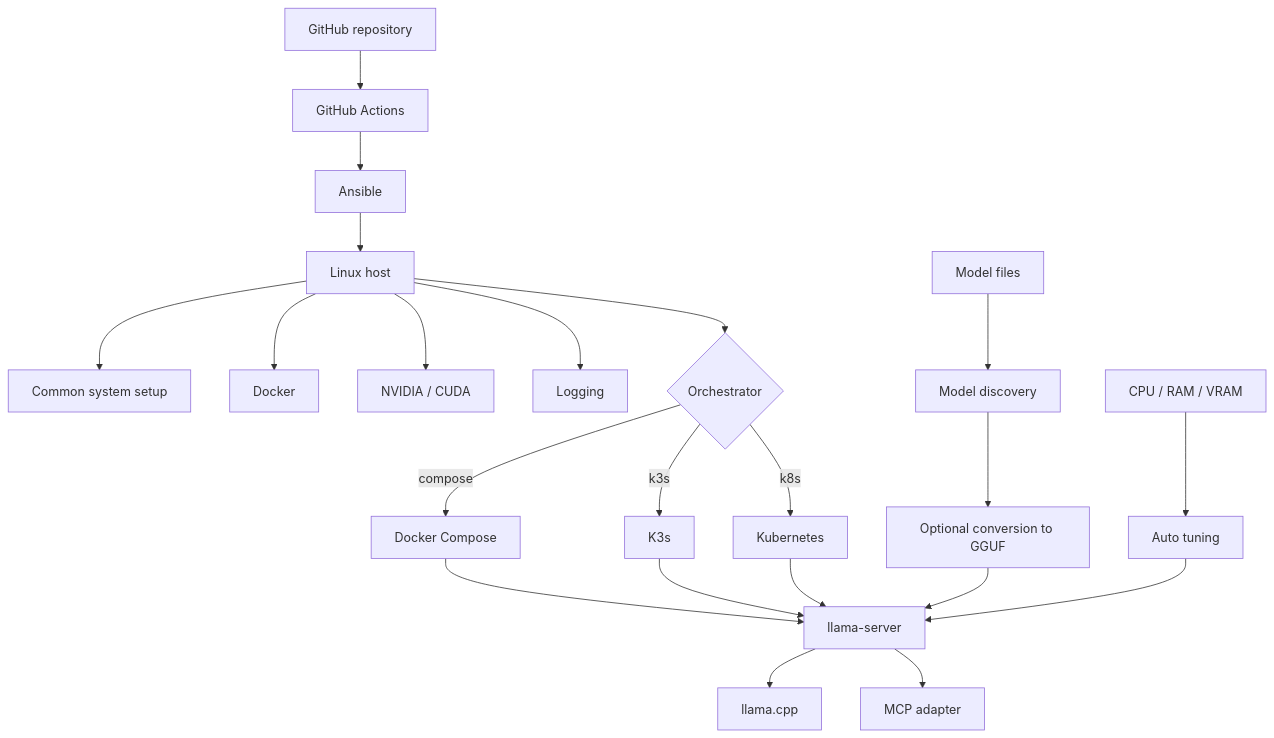
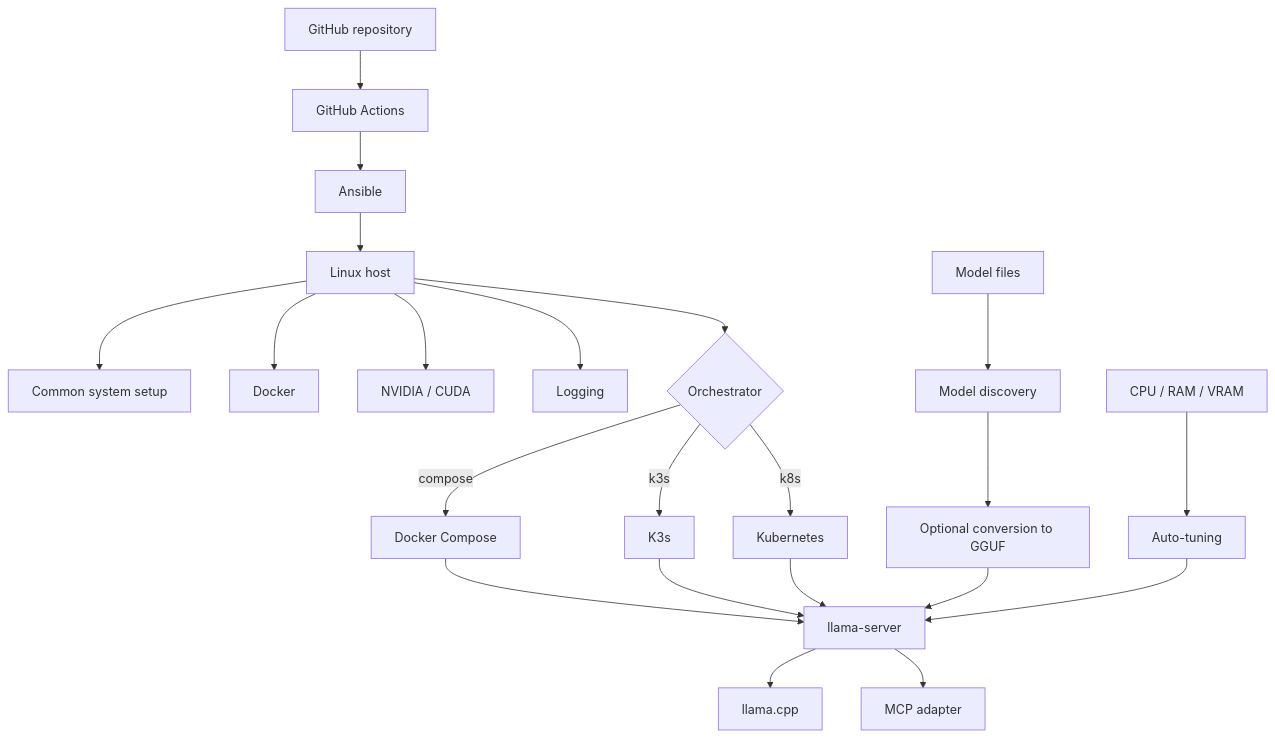
Before and after one commit to zackshal/llama-k8s: the first of 4 diagrams in README.md, drawn with Mermaid. The commit also changed other lines of this file, not shown here.

````diff
--- a/README.md
+++ b/README.md
@@ -155,30 +131,30 @@
 ```mermaid
 flowchart TD
     A[GitHub repository] --> B[GitHub Actions]
     B --> C[Ansible]
     C --> D[Linux host]
 
     D --> E[Common system setup]
     D --> F[Docker]
     D --> G[NVIDIA / CUDA]
     D --> H[Logging]
     D --> I{Orchestrator}
 
     I -->|compose| J[Docker Compose]
     I -->|k3s| K[K3s]
     I -->|k8s| L[Kubernetes]
 
     J --> M[llama-server]
     K --> M
     L --> M
 
     M --> N[llama.cpp]
     M --> O[MCP adapter]
 
     P[Model files] --> Q[Model discovery]
     Q --> R[Optional conversion to GGUF]
     R --> M
 
-    S[CPU / RAM / VRAM] --> T[Auto tuning]
+    S[CPU / RAM / VRAM] --> T[Auto-tuning]
     T --> M
 ```
````
